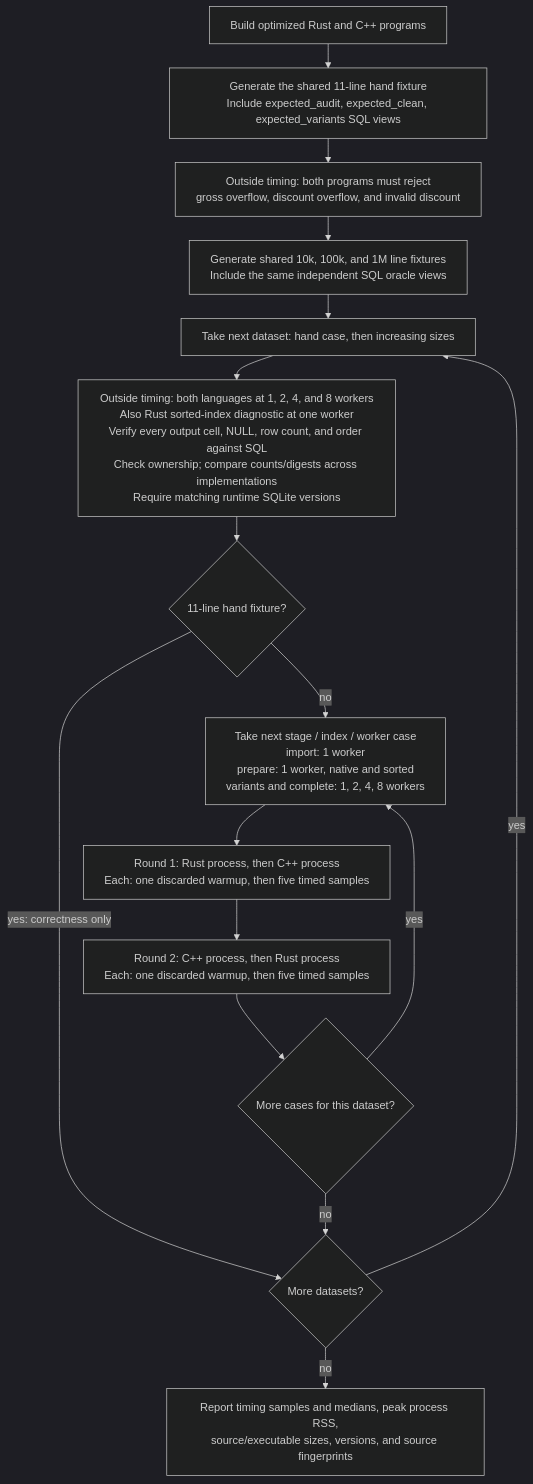
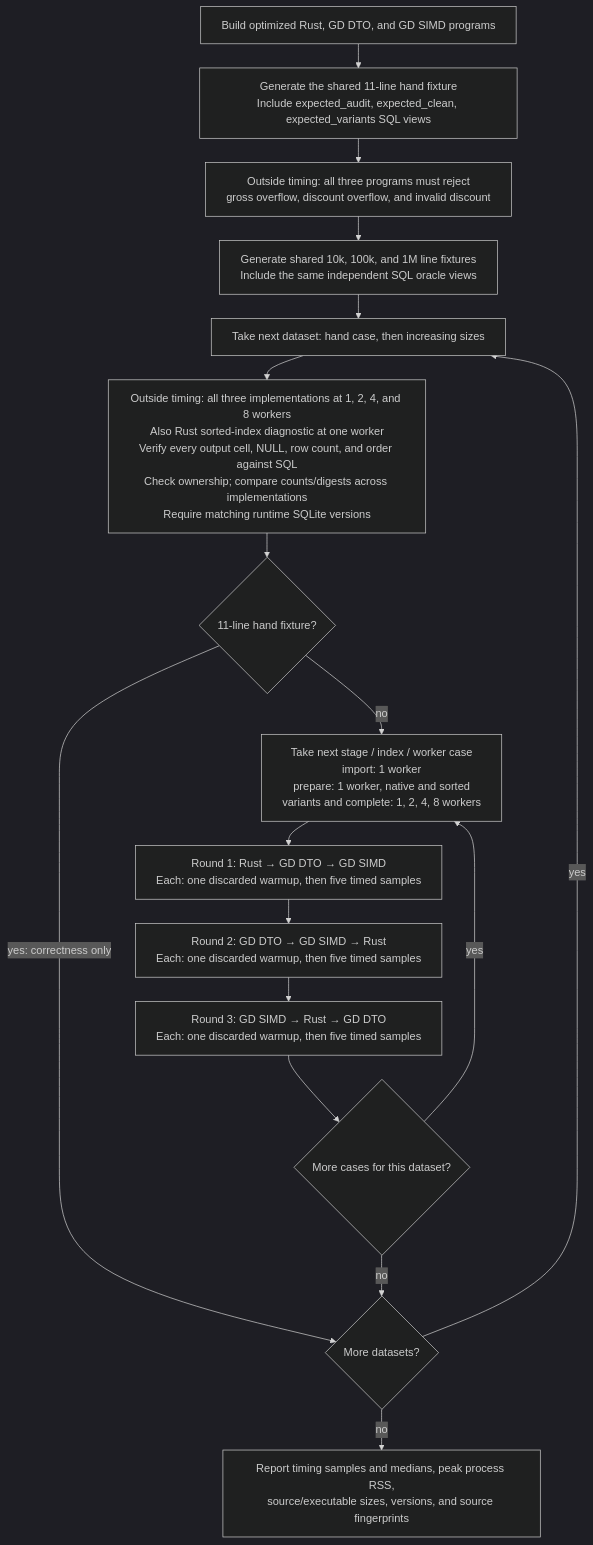
One commit to kjn-void/gd-rs changed the third of 3 diagrams in docs/high-level/order-workflow.md. Above: the diagram before and after it, drawn with Mermaid (dark theme). The commit also changed other lines of this file and 23 other files, not shown here.

First line of the commit message:
Optimize nullable column access and SQLite row staging

````diff
--- a/docs/high-level/order-workflow.md
+++ b/docs/high-level/order-workflow.md
@@ -200,24 +195,25 @@
 ```mermaid
 %%{init: {"flowchart": {"wrappingWidth": 400, "rankSpacing": 35}}}%%
 flowchart TB
-    BUILD["Build optimized Rust and C++ programs"]
+    BUILD["Build optimized Rust, GD DTO, and GD SIMD programs"]
     HANDFIXTURE["Generate the shared 11-line hand fixture<br/>Include expected_audit, expected_clean, expected_variants SQL views"]
     FIXTURE["Generate shared 10k, 100k, and 1M line fixtures<br/>Include the same independent SQL oracle views"]
-    REJECT["Outside timing: both programs must reject<br/>gross overflow, discount overflow, and invalid discount"]
+    REJECT["Outside timing: all three programs must reject<br/>gross overflow, discount overflow, and invalid discount"]
     DATASET["Take next dataset: hand case, then increasing sizes"]
-    VERIFY["Outside timing: both languages at 1, 2, 4, and 8 workers<br/>Also Rust sorted-index diagnostic at one worker<br/>Verify every output cell, NULL, row count, and order against SQL<br/>Check ownership; compare counts/digests across implementations<br/>Require matching runtime SQLite versions"]
+    VERIFY["Outside timing: all three implementations at 1, 2, 4, and 8 workers<br/>Also Rust sorted-index diagnostic at one worker<br/>Verify every output cell, NULL, row count, and order against SQL<br/>Check ownership; compare counts/digests across implementations<br/>Require matching runtime SQLite versions"]
     HAND{"11-line hand fixture?"}
     CASE["Take next stage / index / worker case<br/>import: 1 worker<br/>prepare: 1 worker, native and sorted<br/>variants and complete: 1, 2, 4, 8 workers"]
-    R1["Round 1: Rust process, then C++ process<br/>Each: one discarded warmup, then five timed samples"]
-    R2["Round 2: C++ process, then Rust process<br/>Each: one discarded warmup, then five timed samples"]
+    R1["Round 1: Rust → GD DTO → GD SIMD<br/>Each: one discarded warmup, then five timed samples"]
+    R2["Round 2: GD DTO → GD SIMD → Rust<br/>Each: one discarded warmup, then five timed samples"]
+    R3["Round 3: GD SIMD → Rust → GD DTO<br/>Each: one discarded warmup, then five timed samples"]
     MORECASE{"More cases for this dataset?"}
     MOREDATA{"More datasets?"}
     REPORT["Report timing samples and medians, peak process RSS,<br/>source/executable sizes, versions, and source fingerprints"]
     BUILD --> HANDFIXTURE --> REJECT --> FIXTURE --> DATASET --> VERIFY --> HAND
     HAND -- "yes: correctness only" --> MOREDATA
-    HAND -- "no" --> CASE --> R1 --> R2 --> MORECASE
+    HAND -- "no" --> CASE --> R1 --> R2 --> R3 --> MORECASE
     MORECASE -- "yes" --> CASE
     MORECASE -- "no" --> MOREDATA
     MOREDATA -- "yes" --> DATASET
     MOREDATA -- "no" --> REPORT
 ```
````
